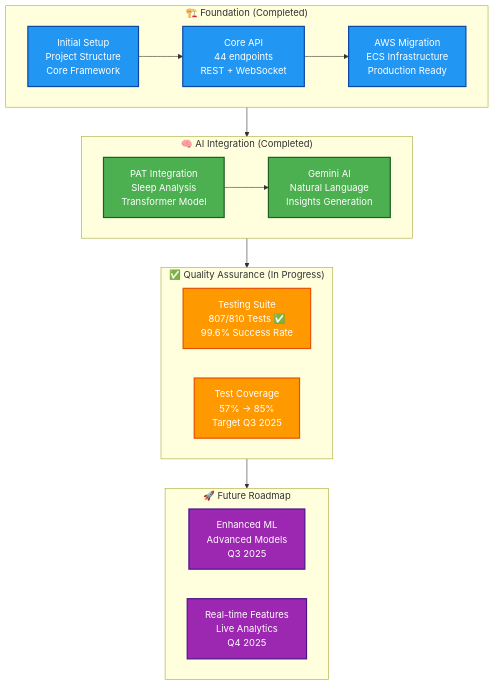
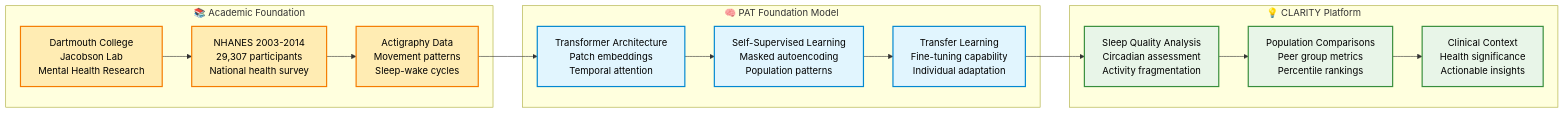
One commit to Clairty-Digital-Twin/clarity-loop-backend changed the second of 2 diagrams in docs/README.md. Above: the diagram before and after it, drawn with Mermaid. The commit also changed other lines of this file and 3 other files, not shown here.

First line of the commit message:
fix: Refactor health data API tests and enhance type hinting for clarity

````diff
--- a/docs/README.md
+++ b/docs/README.md
@@ -351,39 +83,30 @@
 ```mermaid
-flowchart TD
-    subgraph Foundation ["🏗️ Foundation (Completed)"]
-        Initial[Initial Setup<br/>Project Structure<br/>Core Framework]
-        API[Core API<br/>44 endpoints<br/>REST + WebSocket]
-        AWS[AWS Migration<br/>ECS Infrastructure<br/>Production Ready]
+graph LR
+    subgraph Research ["📚 Academic Foundation"]
+        A[Dartmouth College<br/>Jacobson Lab<br/>Mental Health Research]
+        B[NHANES 2003-2014<br/>29,307 participants<br/>National health survey]
+        C[Actigraphy Data<br/>Movement patterns<br/>Sleep-wake cycles]
     end
     
-    subgraph Intelligence ["🧠 AI Integration (Completed)"]
-        PAT[PAT Integration<br/>Sleep Analysis<br/>Transformer Model]
-        Gemini[Gemini AI<br/>Natural Language<br/>Insights Generation]
+    subgraph Model ["🧠 PAT Foundation Model"]
+        D[Transformer Architecture<br/>Patch embeddings<br/>Temporal attention]
+        E[Self-Supervised Learning<br/>Masked autoencoding<br/>Population patterns]
+        F[Transfer Learning<br/>Fine-tuning capability<br/>Individual adaptation]
     end
     
-    subgraph Quality ["✅ Quality Assurance (In Progress)"]
-        Tests[Testing Suite<br/>807/810 Tests ✅<br/>99.6% Success Rate]
-        Coverage[Test Coverage<br/>57% → 85%<br/>Target Q3 2025]
+    subgraph Application ["💡 CLARITY Platform"]
+        G[Sleep Quality Analysis<br/>Circadian assessment<br/>Activity fragmentation]
+        H[Population Comparisons<br/>Peer group metrics<br/>Percentile rankings]
+        I[Clinical Context<br/>Health significance<br/>Actionable insights]
     end
     
-    subgraph Future ["🚀 Future Roadmap"]
-        Enhanced[Enhanced ML<br/>Advanced Models<br/>Q3 2025]
-        Realtime[Real-time Features<br/>Live Analytics<br/>Q4 2025]
-    end
+    A --> B --> C --> D --> E --> F --> G --> H --> I
     
-    Initial --> API --> AWS
-    PAT --> Gemini
-    Foundation --> Intelligence
-    Intelligence --> Quality
-    Quality --> Future
+    classDef research fill:#ffecb3,stroke:#f57c00,stroke-width:2px,color:black
+    classDef model fill:#e1f5fe,stroke:#0288d1,stroke-width:2px,color:black
+    classDef application fill:#e8f5e8,stroke:#388e3c,stroke-width:2px,color:black
     
-    classDef foundation fill:#2196f3,stroke:#0d47a1,stroke-width:2px,color:white
-    classDef intelligence fill:#4caf50,stroke:#1b5e20,stroke-width:2px,color:white
-    classDef quality fill:#ff9900,stroke:#e65100,stroke-width:2px,color:white
-    classDef future fill:#9c27b0,stroke:#4a148c,stroke-width:2px,color:white
-    
-    class Initial,API,AWS foundation
-    class PAT,Gemini intelligence
-    class Tests,Coverage quality
-    class Enhanced,Realtime future
+    class A,B,C research
+    class D,E,F model
+    class G,H,I application
 ```
````
